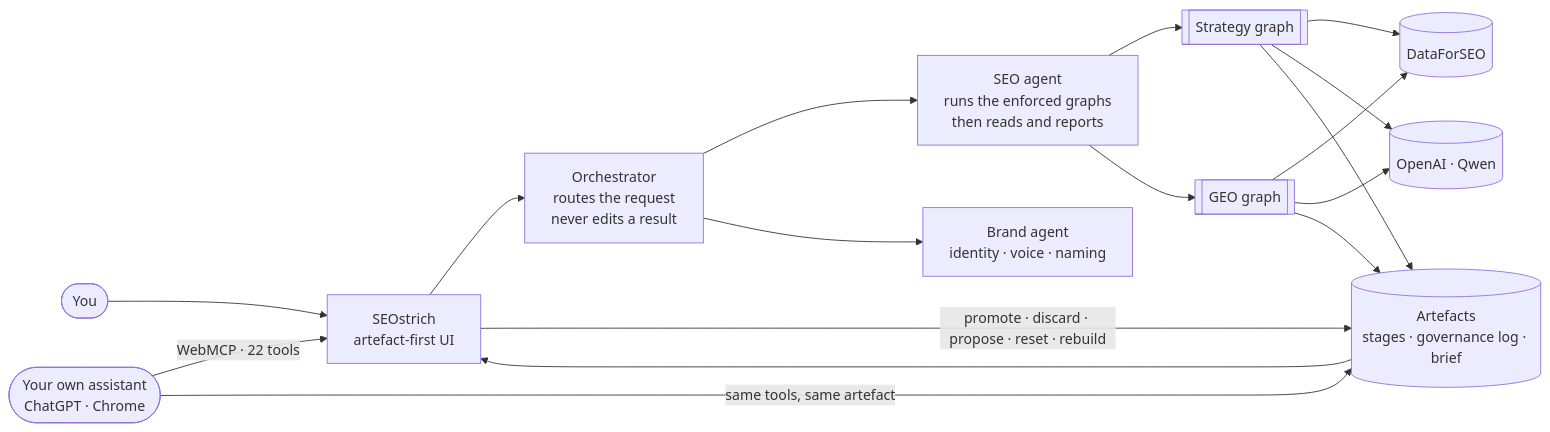
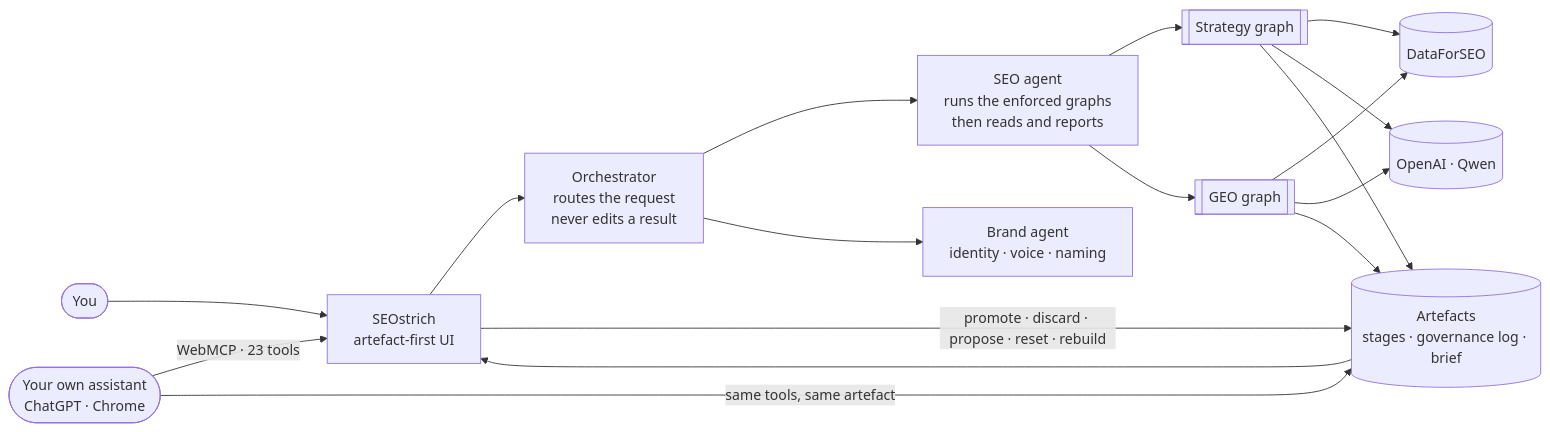
One commit to neobozrim/seostrich changed the first of 3 diagrams in seo-agent/docs/graphs.md. Above: the diagram before and after it, drawn with Mermaid. The commit also changed 39 other files, not shown here.

````diff
--- a/seo-agent/docs/graphs.md
+++ b/seo-agent/docs/graphs.md
@@ -10,19 +10,19 @@
 ```mermaid
 flowchart LR
   U([You]) --> UI[SEOstrich<br/>artefact-first UI]
-  A([Your own assistant<br/>ChatGPT · Chrome]) -- "WebMCP · 22 tools" --> UI
+  A([Your own assistant<br/>ChatGPT · Chrome]) -- "WebMCP · 23 tools" --> UI
   UI --> O[Orchestrator<br/>routes the request<br/>never edits a result]
   O --> SEO[SEO agent<br/>runs the enforced graphs<br/>then reads and reports]
   O --> BR[Brand agent<br/>identity · voice · naming]
   SEO --> SG[[Strategy graph]]
   SEO --> GG[[GEO graph]]
   SG --> DFS[(DataForSEO)]
   GG --> DFS
   SG --> LLM[(OpenAI · Qwen)]
   GG --> LLM
   SG --> ST[(Artefacts<br/>stages · governance log · brief)]
   GG --> ST
   ST --> UI
   UI -- "promote · discard · propose · reset · rebuild" --> ST
   A -- "same tools, same artefact" --> ST
 ```
````
